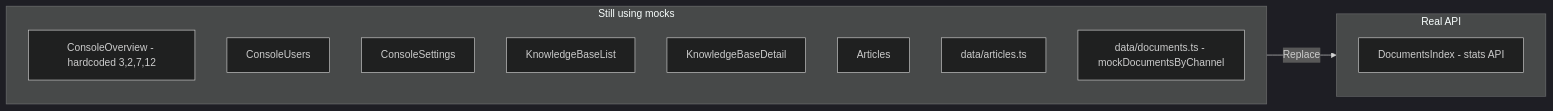
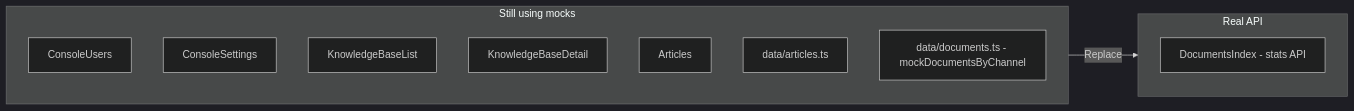
The third of 5 diagrams in docs/tech_debt.md (yingrui/openKMS), drawn with Mermaid (dark theme) before and after one commit. The commit also changed other lines of this file and 4 other files, not shown here.

First line of the commit message:
refactor(console): replace overview stats with feature intro

````diff
--- a/docs/tech_debt.md
+++ b/docs/tech_debt.md
@@ -139,19 +139,18 @@
 ```mermaid
 flowchart LR
   subgraph RealAPI["Real API"]
     D[DocumentsIndex - stats API]
   end
 
   subgraph Mocks["Still using mocks"]
-    C1[ConsoleOverview - hardcoded 3,2,7,12]
     C2[ConsoleUsers]
     C3[ConsoleSettings]
     K1[KnowledgeBaseList]
     K2[KnowledgeBaseDetail]
     A[Articles]
     DA[data/articles.ts]
     DC[data/documents.ts - mockDocumentsByChannel]
   end
 
   Mocks --> |Replace| RealAPI
 ```
````
